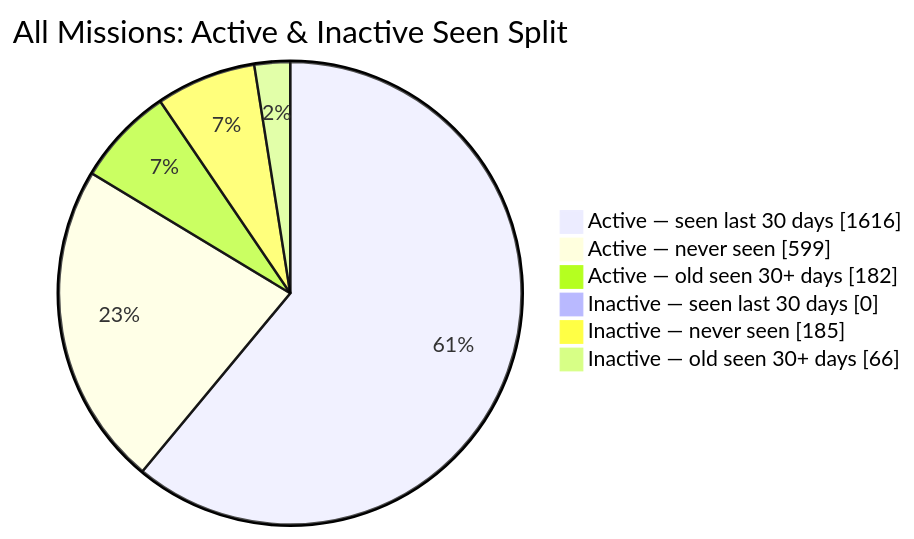
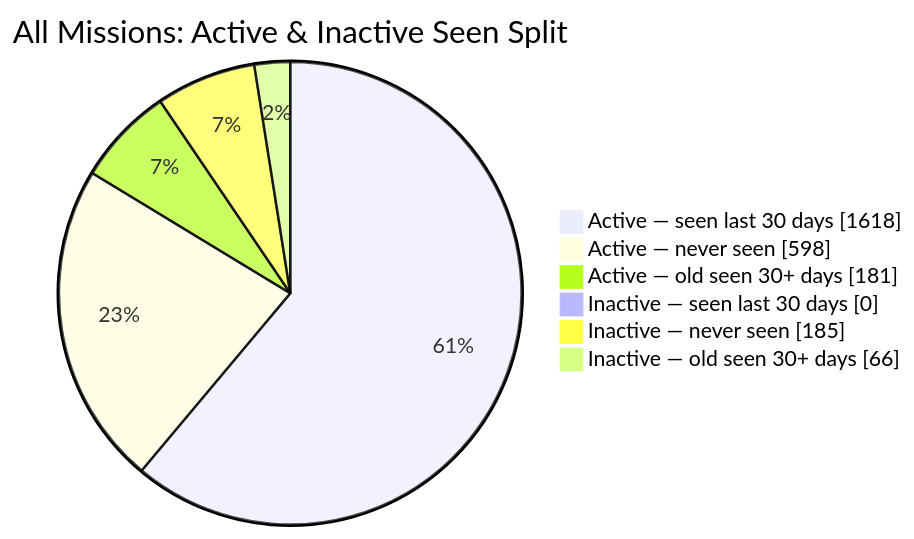
Before and after one commit to MeldkamerspelGameTeam/active-missions: the second of 2 diagrams in README.md, drawn with Mermaid. The commit also changed other lines of this file and 3 other files, not shown here.

````diff
--- a/README.md
+++ b/README.md
@@ -44,10 +44,10 @@
 ```mermaid
 pie showData
     title All Missions: Active & Inactive Seen Split
-    "Active — seen last 30 days" : 1616
-    "Active — never seen" : 599
-    "Active — old seen 30+ days" : 182
+    "Active — seen last 30 days" : 1618
+    "Active — never seen" : 598
+    "Active — old seen 30+ days" : 181
     "Inactive — seen last 30 days" : 0
     "Inactive — never seen" : 185
     "Inactive — old seen 30+ days" : 66
 ```
````
